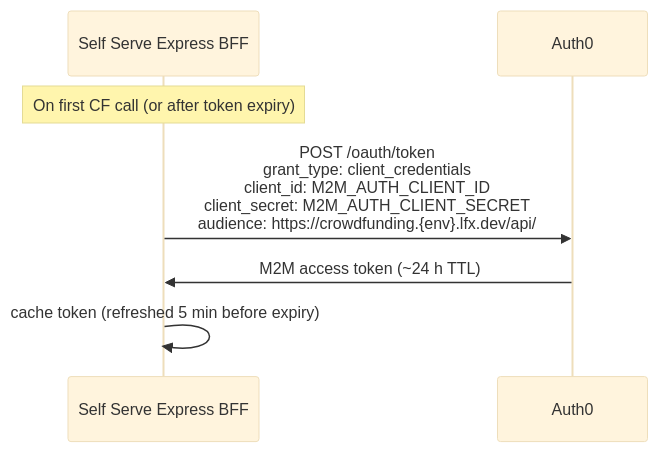
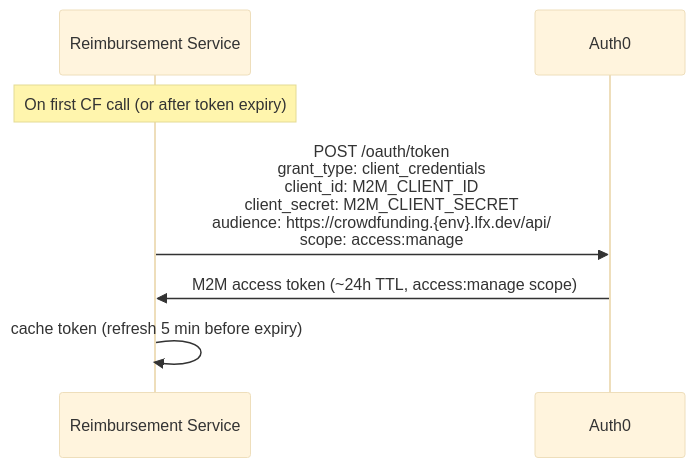
Before and after one commit to linuxfoundation/lfx-crowdfunding: the sixth of 9 diagrams in backend/docs/rewrite/09-authentication-architecture.md, drawn with Mermaid (base theme). The commit also changed other lines of this file, not shown here.

First line of the commit message:
docs(auth): redesign authentication architecture with dual-scope model

````diff
--- a/backend/docs/rewrite/09-authentication-architecture.md
+++ b/backend/docs/rewrite/09-authentication-architecture.md
@@ -135,10 +188,10 @@
 ```mermaid
 sequenceDiagram
-    participant SSBFF as Self Serve Express BFF
+    participant RS as Reimbursement Service
     participant Auth0
 
-    Note over SSBFF: On first CF call (or after token expiry)
-    SSBFF->>Auth0: POST /oauth/token<br/>grant_type: client_credentials<br/>client_id: M2M_AUTH_CLIENT_ID<br/>client_secret: M2M_AUTH_CLIENT_SECRET<br/>audience: https://crowdfunding.{env}.lfx.dev/api/
-    Auth0->>SSBFF: M2M access token (~24 h TTL)
-    SSBFF->>SSBFF: cache token (refreshed 5 min before expiry)
+    Note over RS: On first CF call (or after token expiry)
+    RS->>Auth0: POST /oauth/token<br/>grant_type: client_credentials<br/>client_id: M2M_CLIENT_ID<br/>client_secret: M2M_CLIENT_SECRET<br/>audience: https://crowdfunding.{env}.lfx.dev/api/<br/>scope: access:manage
+    Auth0->>RS: M2M access token (~24h TTL, access:manage scope)
+    RS->>RS: cache token (refresh 5 min before expiry)
 ```
````
